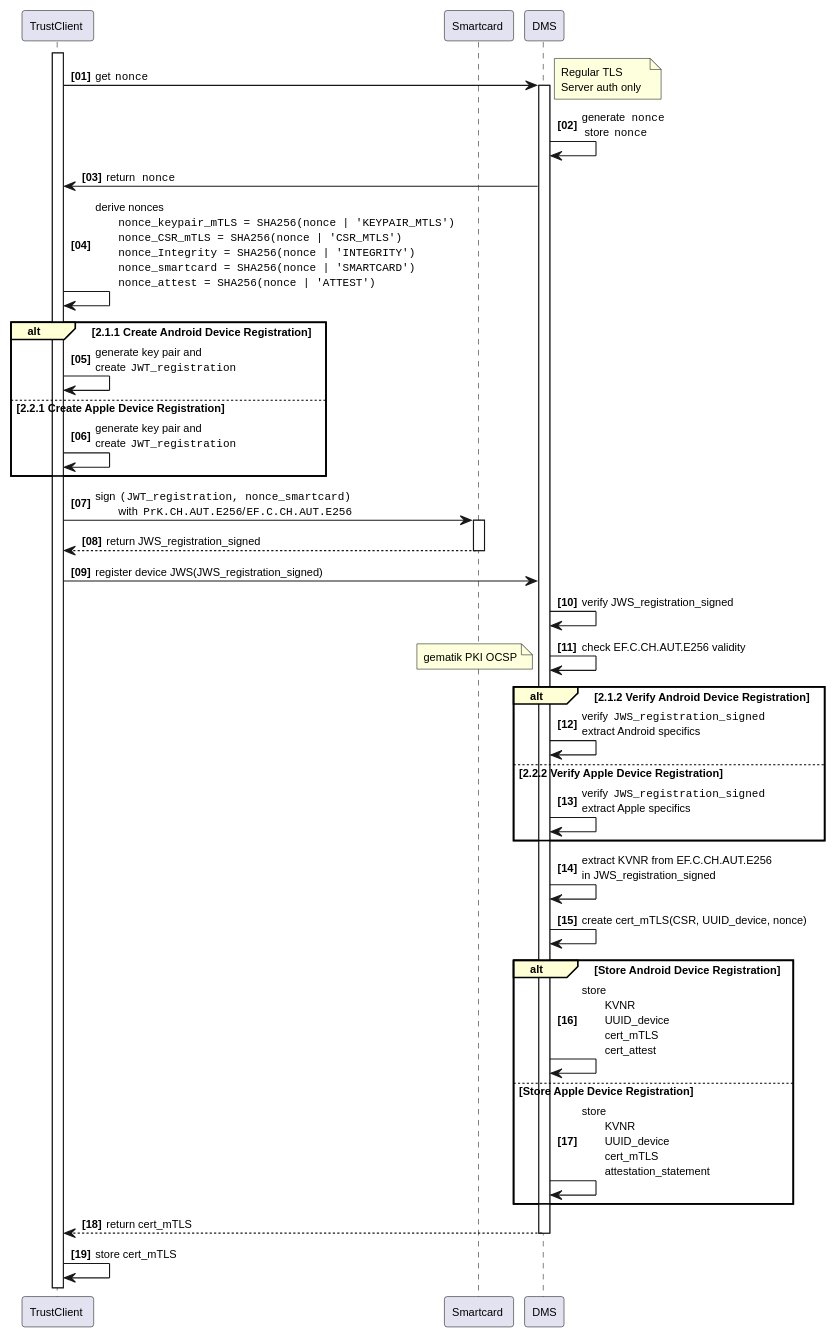
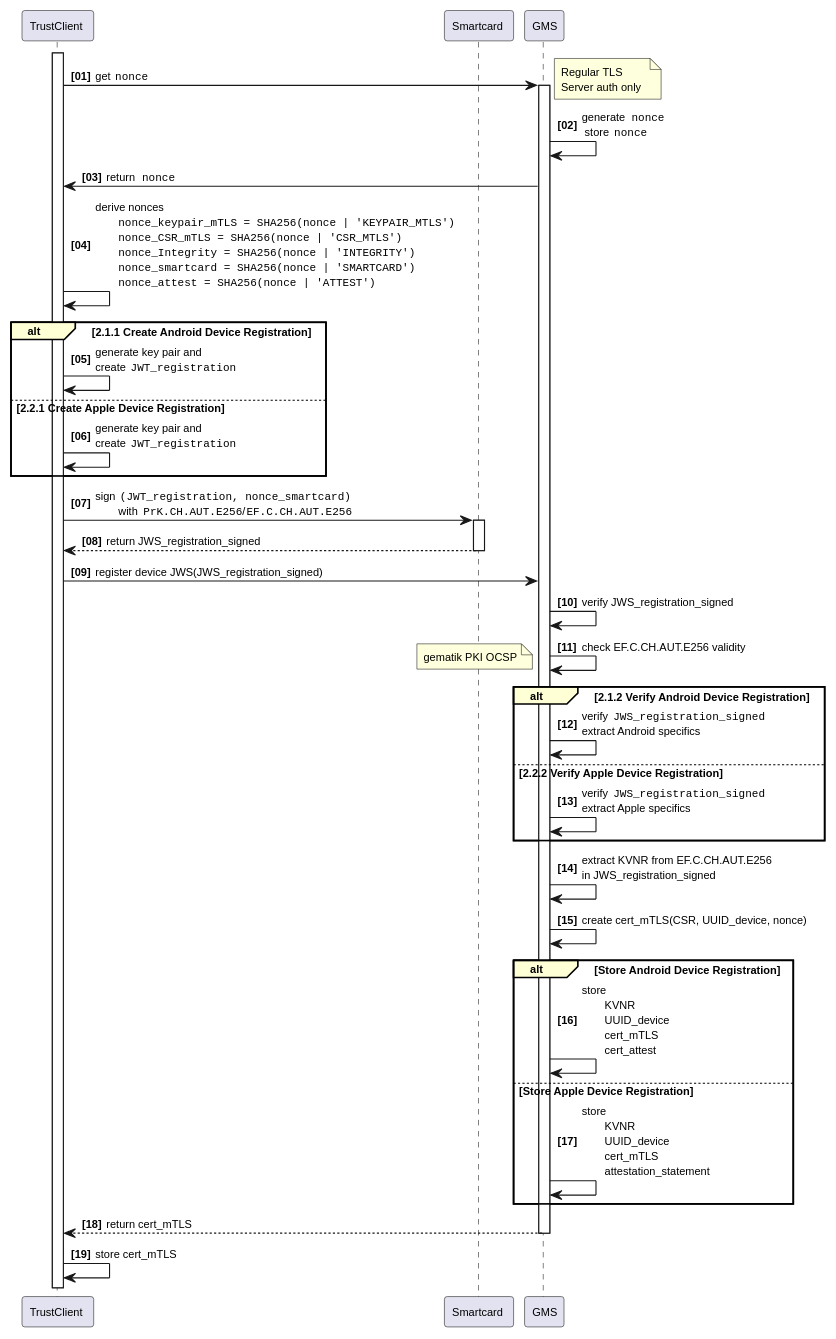
The diagram in content/en/docs/rfcs/dsr-rfc-01/main_flow.puml (gematik/poc-dsr-documentation), drawn with PlantUML before and after one commit. The commit also changed 15 other files, not shown here.

Commit message:
resolved GMS - DMS ambiguity

```diff
--- a/content/en/docs/rfcs/dsr-rfc-01/main_flow.puml
+++ b/content/en/docs/rfcs/dsr-rfc-01/main_flow.puml
@@ -1,63 +1,63 @@
 @startuml DSR-RFC-01 Main Flow
 autonumber "<b>[00]"
 skinparam defaultFontSize 10
 skinparam defaultFontName Helvetica
 skinparam DefaultMonospacedFontName Courier
 skinparam lengthAdjust none
 
 participant TrustClient
 
 participant Smartcard
 
-participant DMS
+participant GMS
 
 activate TrustClient
 
-TrustClient -> DMS ++: get ""nonce""
+TrustClient -> GMS ++: get ""nonce""
 note right
 Regular TLS
 Server auth only
 end note
 
-DMS -> DMS: generate ""nonce""\n store ""nonce""
-DMS -> TrustClient: return ""nonce""
+GMS -> GMS: generate ""nonce""\n store ""nonce""
+GMS -> TrustClient: return ""nonce""
 
 TrustClient -> TrustClient: derive nonces\n\t""nonce_keypair_mTLS = SHA256(nonce | 'KEYPAIR_MTLS')""\n\t""nonce_CSR_mTLS = SHA256(nonce | 'CSR_MTLS')""\n\t""nonce_Integrity = SHA256(nonce | 'INTEGRITY')""\n\t""nonce_smartcard = SHA256(nonce | 'SMARTCARD')""\n\t""nonce_attest = SHA256(nonce | 'ATTEST')""
 
 alt#FEFFD5  2.1.1 Create Android Device Registration
 TrustClient -> TrustClient: generate key pair and\ncreate ""JWT_registration""
 else 2.2.1 Create Apple Device Registration 
 TrustClient -> TrustClient: generate key pair and\ncreate ""JWT_registration""
 end
 
 TrustClient -> Smartcard ++:  sign ""(JWT_registration, nonce_smartcard)""\n\twith ""PrK.CH.AUT.E256""/""EF.C.CH.AUT.E256""
 return return JWS_registration_signed
 
 
-TrustClient -> DMS: register device JWS(JWS_registration_signed)
+TrustClient -> GMS: register device JWS(JWS_registration_signed)
 
-DMS -> DMS: verify JWS_registration_signed
-DMS -> DMS: check EF.C.CH.AUT.E256 validity
+GMS -> GMS: verify JWS_registration_signed
+GMS -> GMS: check EF.C.CH.AUT.E256 validity
 note left
 gematik PKI OCSP
 end note
 
 alt#FEFFD5 2.1.2 Verify Android Device Registration 
-DMS -> DMS: verify ""JWS_registration_signed""\nextract Android specifics
+GMS -> GMS: verify ""JWS_registration_signed""\nextract Android specifics
 else 2.2.2 Verify Apple Device Registration
-DMS -> DMS: verify ""JWS_registration_signed""\nextract Apple specifics
+GMS -> GMS: verify ""JWS_registration_signed""\nextract Apple specifics
 end
 
 
-DMS -> DMS: extract KVNR from EF.C.CH.AUT.E256\nin JWS_registration_signed
-DMS -> DMS: create cert_mTLS(CSR, UUID_device, nonce)
+GMS -> GMS: extract KVNR from EF.C.CH.AUT.E256\nin JWS_registration_signed
+GMS -> GMS: create cert_mTLS(CSR, UUID_device, nonce)
 
 alt#FEFFD5 Store Android Device Registration
-DMS -> DMS: store\n\tKVNR\n\tUUID_device\n\tcert_mTLS\n\tcert_attest
+GMS -> GMS: store\n\tKVNR\n\tUUID_device\n\tcert_mTLS\n\tcert_attest
 else Store Apple Device Registration
-DMS -> DMS: store\n\tKVNR\n\tUUID_device\n\tcert_mTLS\n\tattestation_statement
+GMS -> GMS: store\n\tKVNR\n\tUUID_device\n\tcert_mTLS\n\tattestation_statement
 end 
 return return cert_mTLS
 TrustClient -> TrustClient: store cert_mTLS
 
 @enduml
```
